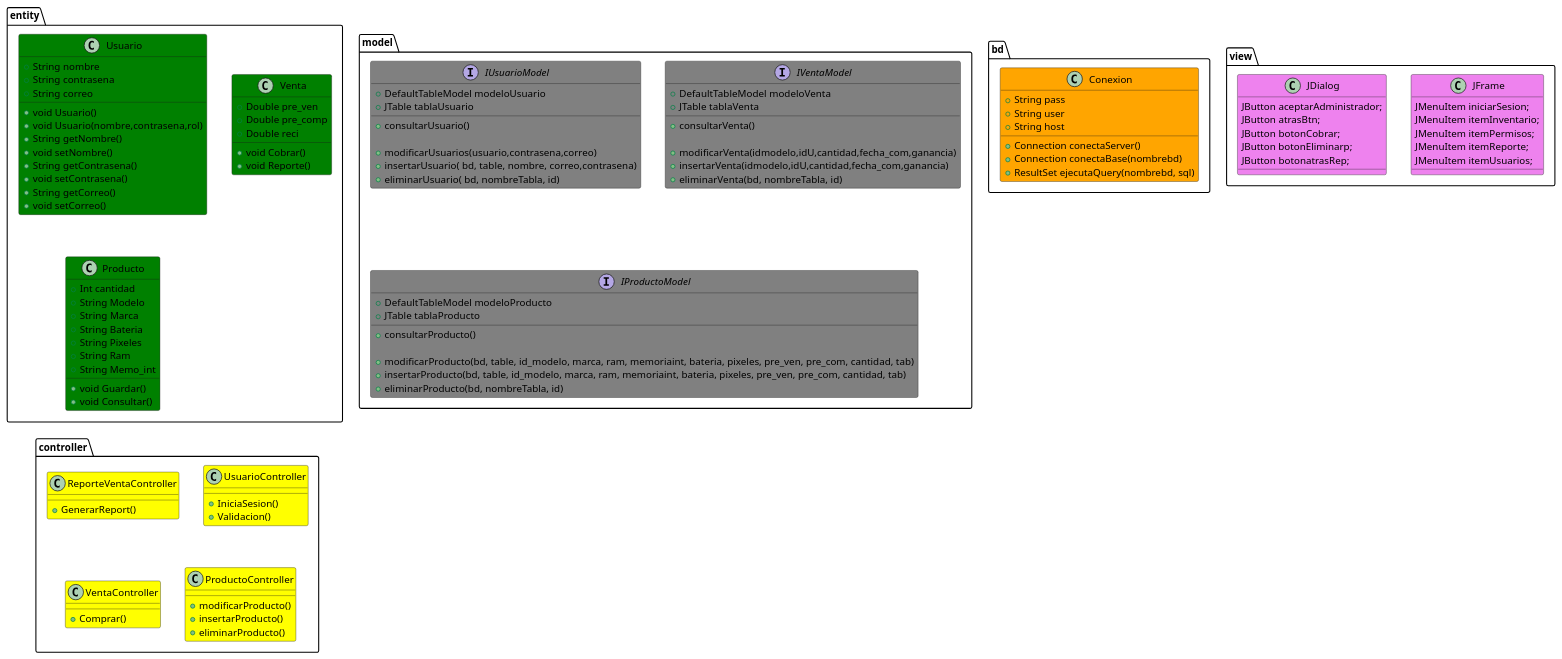
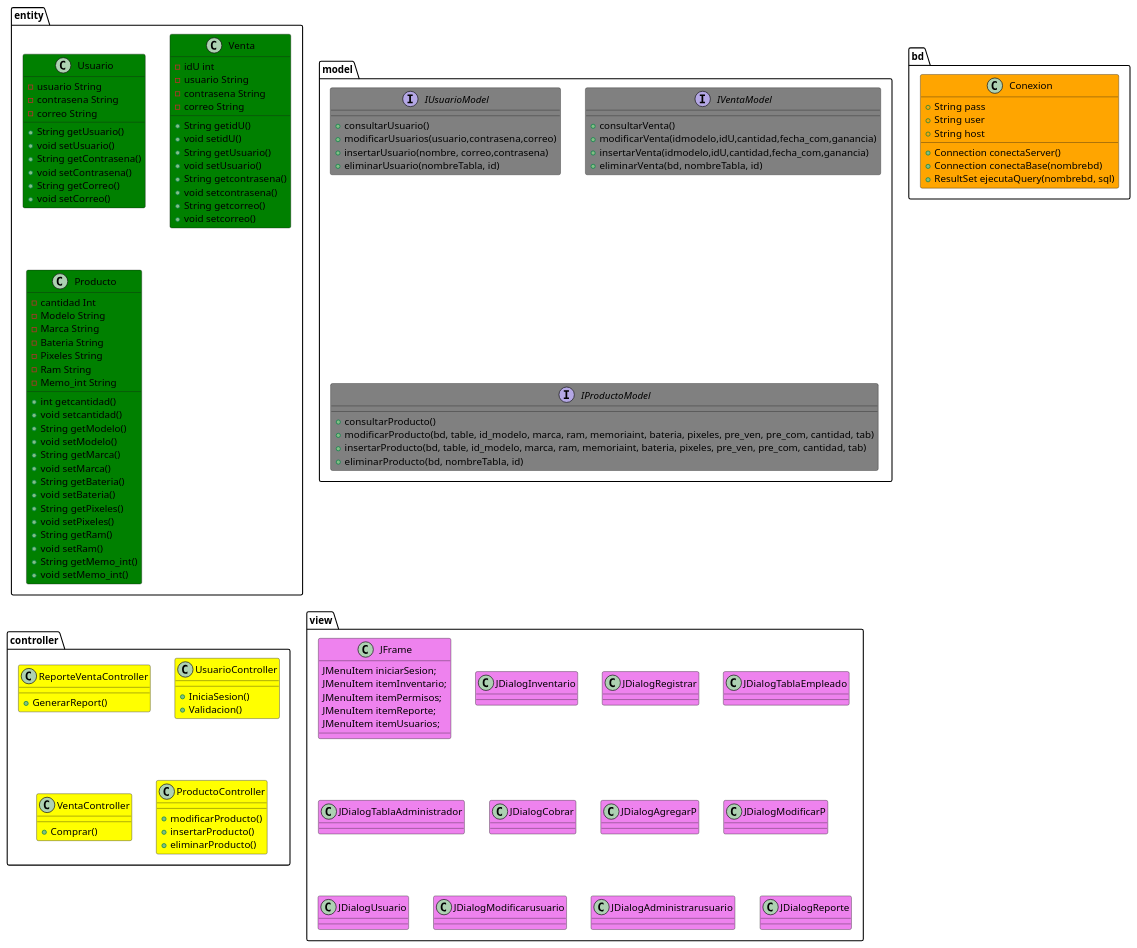
Before and after one commit to floriceli1/gitrepository: the diagram in SegundoParcial/PSP/UML SFH.puml, drawn with PlantUML. The commit also changed 3 other files, not shown here.

First line of the commit message:
Diagramas

```diff
--- a/SegundoParcial/PSP/UML SFH.puml
+++ b/SegundoParcial/PSP/UML SFH.puml
@@ -1,116 +1,165 @@
 @startuml
 class bd.Conexion #orange{
 +String pass
 +String user
 +String host
 
 +Connection conectaServer()
 +Connection conectaBase(nombrebd)
 +ResultSet ejecutaQuery(nombrebd, sql)
 
 }
 
 
 class entity.Usuario #green{
-+String nombre
-+String contrasena
-+String correo
+-usuario String 
+-contrasena String 
+-correo String 
 
-+void Usuario()
-+void Usuario(nombre,contrasena,rol)
-+String getNombre()
-+void setNombre()
+
++String getUsuario()
++void setUsuario()
 +String getContrasena()
 +void setContrasena()
 +String getCorreo()
 +void setCorreo()
 
 }
 class entity.Venta #green{
-+Double pre_ven
-+Double pre_comp
-+Double reci
-+void Cobrar()
-+void Reporte()
+-idU int 
+-usuario String
+-contrasena String
+-correo String
+
++String getidU()
++void setidU()
++String getUsuario()
++void setUsuario()
++String getcontrasena()
++void setcontrasena()
++String getcorreo()
++void setcorreo()
+
 
 }
 class entity.Producto #green{
-+Int cantidad
-+String Modelo
-+String Marca
-+String Bateria
-+String Pixeles
-+String Ram
-+String Memo_int
-+void Guardar()
-+void Consultar()
+-cantidad Int
+-Modelo String 
+-Marca String 
+-Bateria String 
+-Pixeles String 
+-Ram String 
+-Memo_int String 
+
+
++int getcantidad()
++void setcantidad()
++String getModelo()
++void setModelo()
++String getMarca()
++void setMarca()
++String getBateria()
++void setBateria()
++String getPixeles()
++void setPixeles()
++String getRam()
++void setRam()
++String getMemo_int()
++void setMemo_int()
+
 }
 
 
 interface model.IUsuarioModel #gray{
-+DefaultTableModel modeloUsuario
-+JTable tablaUsuario
+
+
 +consultarUsuario()
-
 +modificarUsuarios(usuario,contrasena,correo)
-+insertarUsuario( bd, table, nombre, correo,contrasena)
-+eliminarUsuario( bd, nombreTabla, id)
++insertarUsuario(nombre, correo,contrasena)
++eliminarUsuario(nombreTabla, id)
 }
 interface model.IVentaModel #gray{
-+DefaultTableModel modeloVenta
-+JTable tablaVenta
 +consultarVenta()
-
 +modificarVenta(idmodelo,idU,cantidad,fecha_com,ganancia)
 +insertarVenta(idmodelo,idU,cantidad,fecha_com,ganancia)
 +eliminarVenta(bd, nombreTabla, id)
 }
 interface model.IProductoModel #gray{
-+DefaultTableModel modeloProducto
-+JTable tablaProducto
 +consultarProducto()
-
 +modificarProducto(bd, table, id_modelo, marca, ram, memoriaint, bateria, pixeles, pre_ven, pre_com, cantidad, tab)
 +insertarProducto(bd, table, id_modelo, marca, ram, memoriaint, bateria, pixeles, pre_ven, pre_com, cantidad, tab)
 +eliminarProducto(bd, nombreTabla, id)
 }
 
 
 
 class controller.ReporteVentaController #yellow{
 +GenerarReport()
 
 }
 class controller.UsuarioController #yellow{
 +IniciaSesion()
 +Validacion()
 
 }
 class controller.VentaController #yellow{
 +Comprar()
 
 }
 class controller.ProductoController #yellow{
 +modificarProducto()
 +insertarProducto()
 +eliminarProducto()
 }
 
-
 class view.JFrame #violet{
 JMenuItem iniciarSesion;
 JMenuItem itemInventario;
 JMenuItem itemPermisos;
 JMenuItem itemReporte;
 JMenuItem itemUsuarios;
 }
-class view.JDialog #violet{
-JButton aceptarAdministrador;
-JButton atrasBtn;
-JButton botonCobrar;
-JButton botonEliminarp;
-JButton botonatrasRep;
+
+ 
+class view.JDialogInventario #violet{
 }
- 
+
+class view.JDialogRegistrar #violet{
+}
+
+
+class view.JDialogTablaEmpleado #violet{
+}
+
+
+class view.JDialogTablaAdministrador #violet{
+}
+
+class view.JDialogCobrar #violet{
+}
+
+
+class view.JDialogAgregarP #violet{
+}
+
+
+class view.JDialogModificarP #violet{
+}
+
+
+class view.JDialogUsuario #violet{
+}
+
+
+class view.JDialogModificarusuario #violet{
+}
+
+
+class view.JDialogAdministrarusuario #violet{
+}
+
+
+class view.JDialogReporte #violet{
+}
 
 @enduml
```
